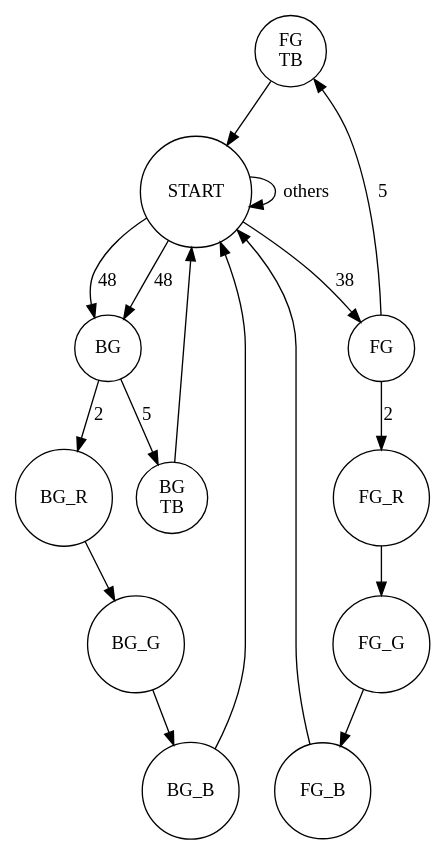
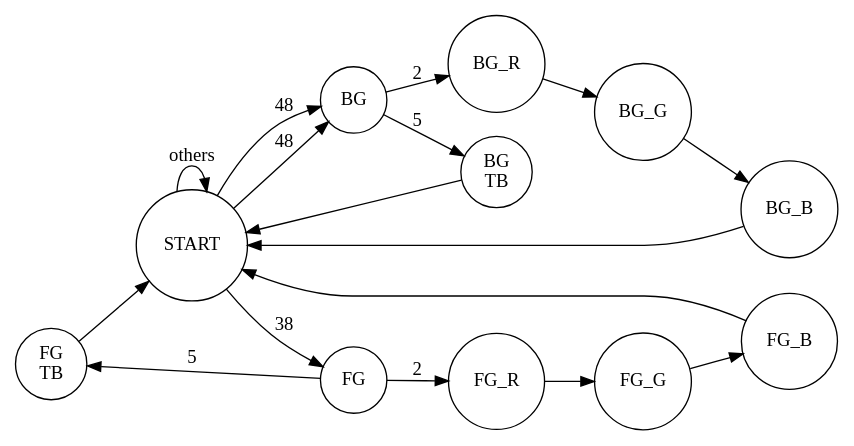
One commit to Harry-Chen/fpga-virtual-console changed the diagram in doc/plots/GraphicsControl.dot. Above: the diagram before and after it, drawn with Graphviz. The commit also changed 3 other files, not shown here.

Commit message:
Doc for GraphicsControl/AttribControl/ModeControl.

```diff
--- a/doc/plots/GraphicsControl.dot
+++ b/doc/plots/GraphicsControl.dot
@@ -1,27 +1,28 @@
 digraph DFA {   
 //	edge[fontname="FangSong"];  
 //	node[peripheries=2, fontname="FangSong"];  
 //	size="16, 16";  
+	rankdir=LR;
 	node[shape=circle];  
 
 	FG_TB[label="FG\nTB"];
 	BG_TB[label="BG\nTB"];
 
 	START->START[label="others"];
 	START->FG[label=38];
 	START->BG[label=48];
 
 	FG->FG_R[label=2];
 	FG_R->FG_G->FG_B->START;
 
 	FG->FG_TB[label=5];
 	FG_TB->START;
 
 	BG->BG_R[label=2];
 	BG_R->BG_G->BG_B->START;
 
 	BG->BG_TB[label=5];
 	BG_TB->START;
 
 	START->BG[label=48];
 }
```
